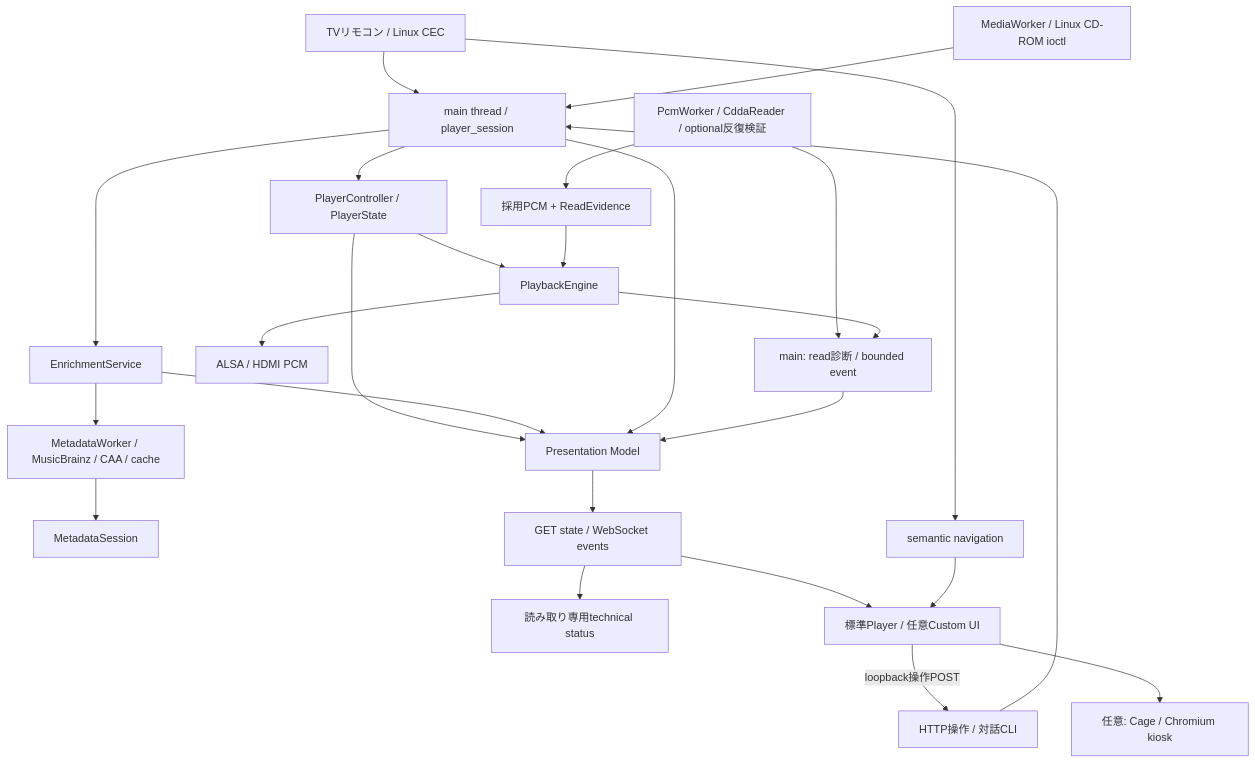
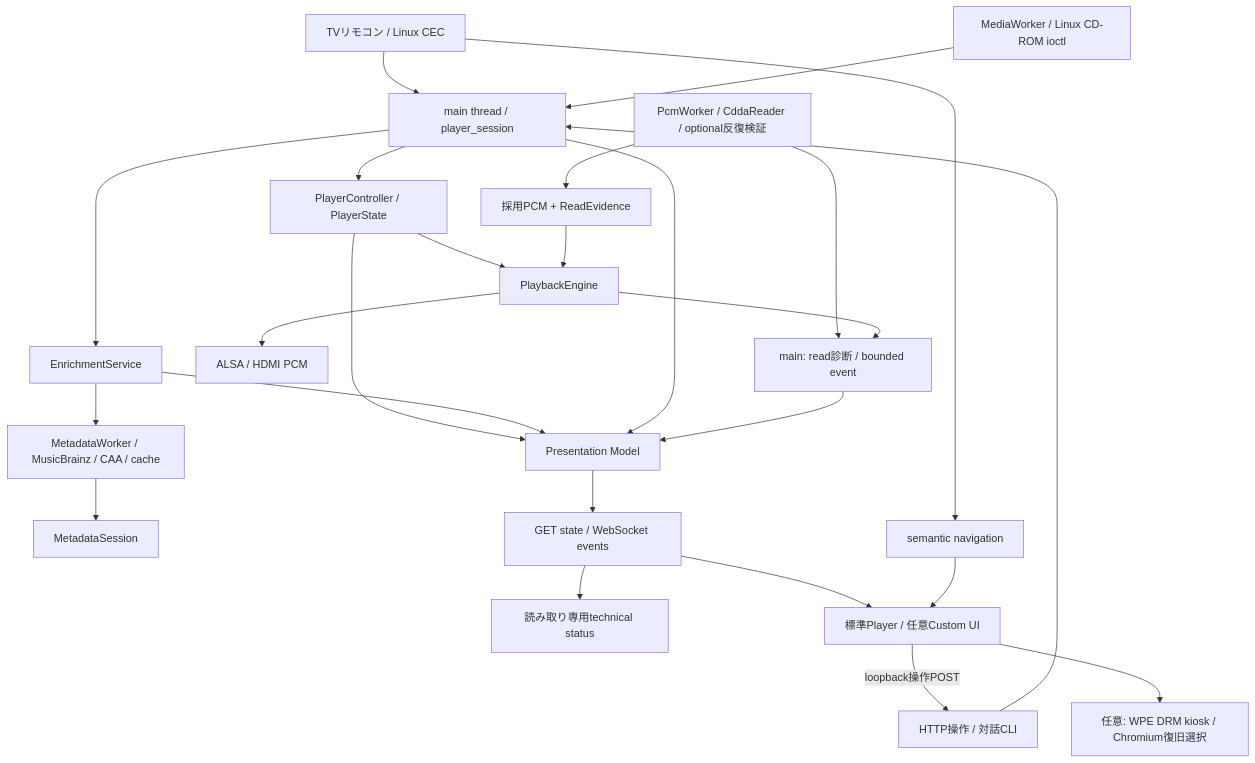
The diagram in docs/design/basic-design.md (udonchan/picdplayer), drawn with Mermaid before and after one commit. The commit also changed 17 other files, not shown here.

First line of the commit message:
Integrate WPE into the standard build and deployment flow

````diff
--- a/docs/design/basic-design.md
+++ b/docs/design/basic-design.md
@@ -33,27 +33,27 @@
 ```mermaid
 flowchart TD
     CEC[TVリモコン / Linux CEC] --> Session[main thread / player_session]
     API[HTTP操作 / 対話CLI] --> Session
     Media[MediaWorker / Linux CD-ROM ioctl] --> Session
     Session --> Controller[PlayerController / PlayerState]
     Controller --> Engine[PlaybackEngine]
     Reader[PcmWorker / CddaReader / optional反復検証] --> Queue[採用PCM + ReadEvidence]
     Queue --> Engine
     Reader --> Evidence[main: read診断 / bounded event]
     Engine --> Evidence
     Engine --> ALSA[ALSA / HDMI PCM]
     Session --> Enrichment[EnrichmentService]
     Enrichment --> Meta[MetadataWorker / MusicBrainz / CAA / cache]
     Meta --> MS[MetadataSession]
     Controller --> Snapshot[Presentation Model]
     Enrichment --> Snapshot
     Session --> Snapshot
     Evidence --> Snapshot
     Snapshot --> Events[GET state / WebSocket events]
     Events --> Technical[読み取り専用technical status]
     Events --> NowPlaying[標準Player / 任意Custom UI]
     CEC --> Nav[semantic navigation]
     Nav --> NowPlaying
     NowPlaying -->|loopback操作POST| API
-    NowPlaying --> Kiosk[任意: Cage / Chromium kiosk]
+    NowPlaying --> Kiosk[任意: WPE DRM kiosk / Chromium復旧選択]
 ```
````
